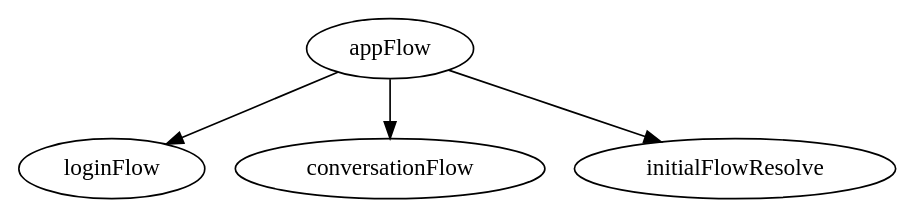
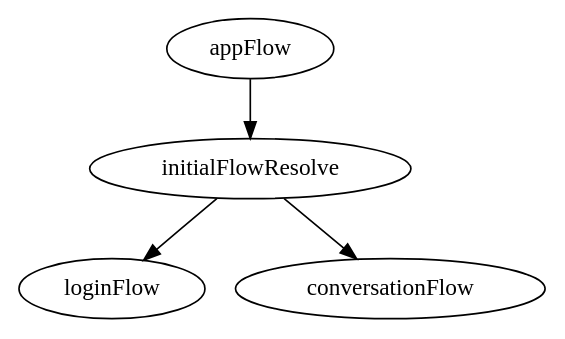
Before and after one commit to DeveloperPalmer/clarify-android: the diagram in app/routing/src/main/way/app_flow.dot, drawn with Graphviz. The commit also changed 2 other files, not shown here.

Commit message:
[app] Fix login transition

```diff
--- a/app/routing/src/main/way/app_flow.dot
+++ b/app/routing/src/main/way/app_flow.dot
@@ -1,21 +1,21 @@
 digraph AppFlow {
   package = "ru.sla.clarify.app.routing"
 
   appFlow [
     type = "flow"
   ]
 
   loginFlow [
     type = "schema",
     resultType = "ru.sla.clarify.feature.login.routing.LoginFlow.Result"
   ]
 
   conversationFlow [
     type = "schema",
     resultType = "ru.sla.clarify.feature.chat.conversation.routing.ConversationFlow.Result"
   ]
 
   appFlow -> initialFlowResolve
-  appFlow -> loginFlow
-  appFlow -> conversationFlow
+  initialFlowResolve -> loginFlow
+  initialFlowResolve -> conversationFlow
 }
```
